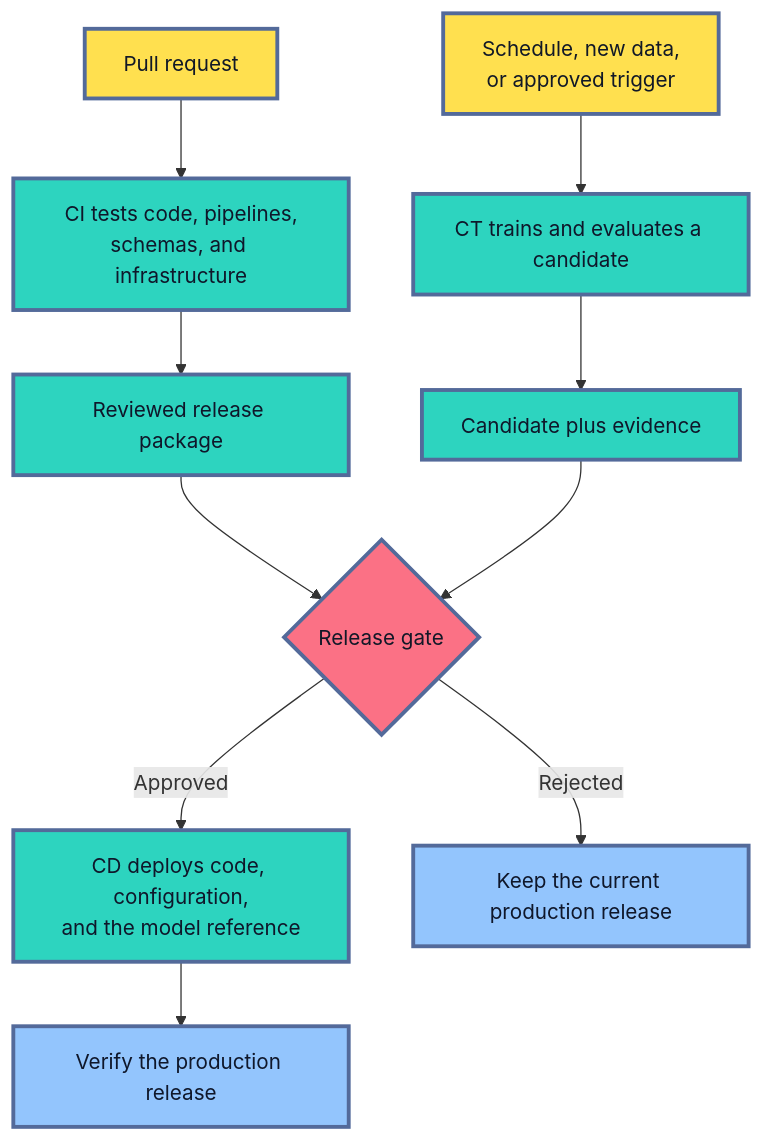
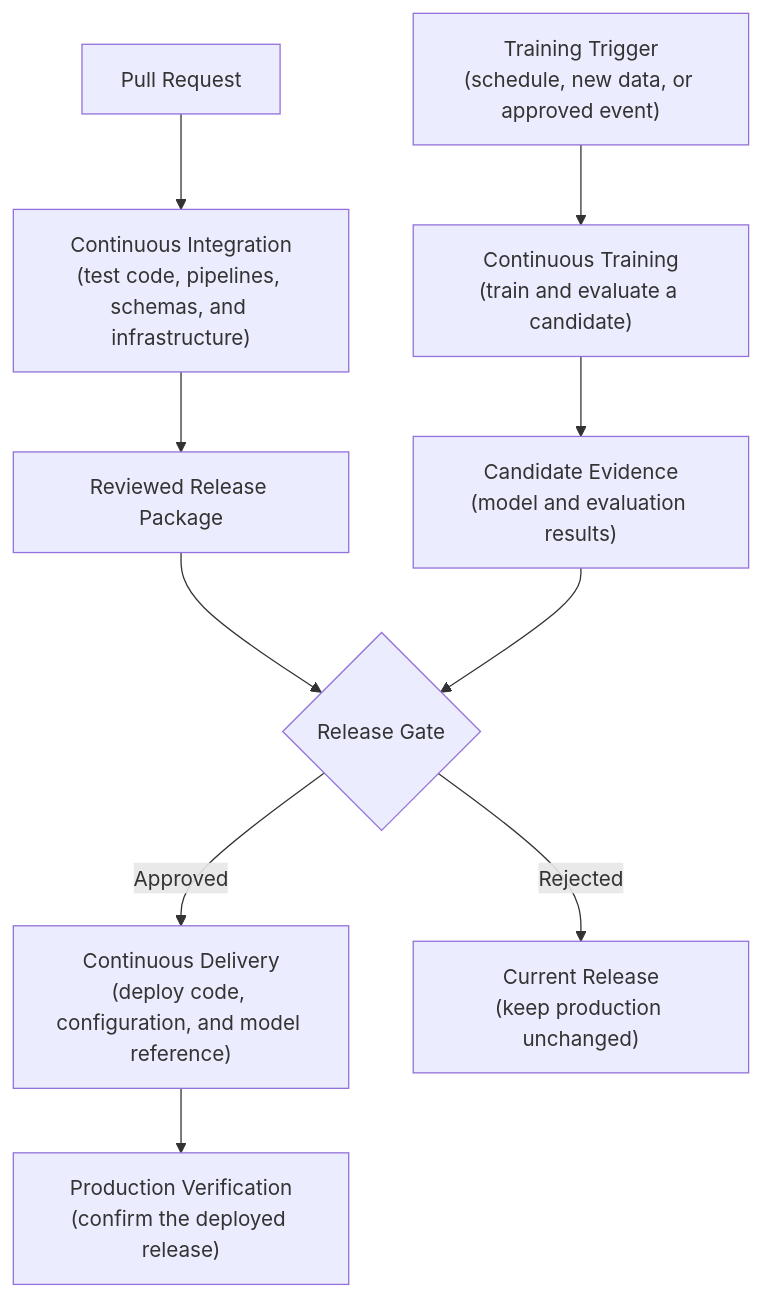
Before and after one commit to senlinyy/dev-roadmaps: the fourth of 6 diagrams in roadmaps/mlops/modules/mlops-foundations/architecture-basics/01-simple-mlops-architecture.md, drawn with Mermaid. The commit also changed other lines of this file and 152 other files, not shown here.

Commit message:
feat: mlops and diagrams updated

````diff
--- a/roadmaps/mlops/modules/mlops-foundations/architecture-basics/01-simple-mlops-architecture.md
+++ b/roadmaps/mlops/modules/mlops-foundations/architecture-basics/01-simple-mlops-architecture.md
@@ -274,21 +270,17 @@
 ```mermaid
 flowchart TD
-    A["Pull request"] --> B["CI tests code, pipelines,<br/>schemas, and infrastructure"]
-    B --> C["Reviewed release package"]
-    D["Schedule, new data,<br/>or approved trigger"] --> E["CT trains and evaluates a candidate"]
-    E --> F["Candidate plus evidence"]
-    C --> G{"Release gate"}
+    A["Pull Request"] --> B["Continuous Integration<br/>(test code, pipelines, schemas, and infrastructure)"]
+    B --> C["Reviewed Release Package"]
+    D["Training Trigger<br/>(schedule, new data, or approved event)"] --> E["Continuous Training<br/>(train and evaluate a candidate)"]
+    E --> F["Candidate Evidence<br/>(model and evaluation results)"]
+    C --> G{"Release Gate"}
     F --> G
-    G -->|"Approved"| H["CD deploys code, configuration,<br/>and the model reference"]
-    G -->|"Rejected"| I["Keep the current production release"]
-    H --> J["Verify the production release"]
+    G -->|"Approved"| H["Continuous Delivery<br/>(deploy code, configuration, and model reference)"]
+    G -->|"Rejected"| I["Current Release<br/>(keep production unchanged)"]
+    H --> J["Production Verification<br/>(confirm the deployed release)"]
 
-    classDef trigger fill:#FFE04F,stroke:#536A9A,stroke-width:3px,color:#111827
-    classDef automation fill:#2DD4BF,stroke:#536A9A,stroke-width:3px,color:#0F172A
-    classDef decision fill:#FB7185,stroke:#536A9A,stroke-width:3px,color:#111827
-    classDef result fill:#93C5FD,stroke:#536A9A,stroke-width:3px,color:#0F172A
     class A,D trigger
     class B,C,E,F,H automation
     class G decision
     class I,J result
 ```
````
